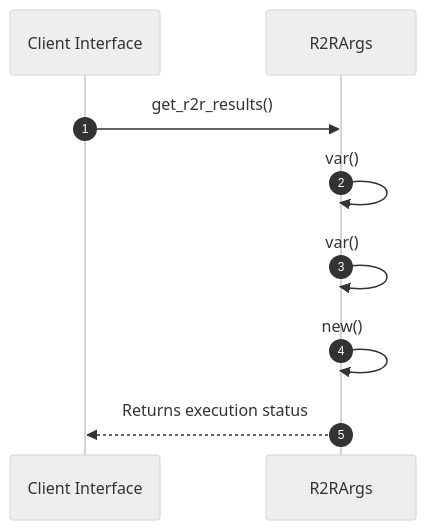
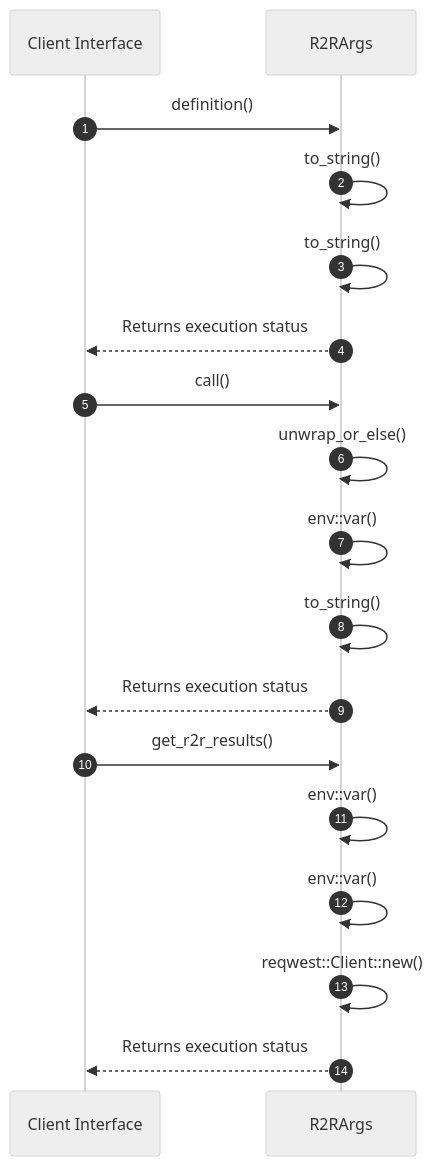
Before and after one commit to lgcorzo/fastapi-autogen-team: the second of 2 diagrams in openwiki/modules/src/infrastructure/tools/r2r.md, drawn with Mermaid (neutral theme). The commit also changed other lines of this file and 33 other files, not shown here.

Commit message:
Fix PlantUML syntax, missing diagrams, and link formatting in doc generator

````diff
--- a/openwiki/modules/src/infrastructure/tools/r2r.md
+++ b/openwiki/modules/src/infrastructure/tools/r2r.md
@@ -44,11 +51,20 @@
 ```mermaid
 sequenceDiagram
     autonumber
     participant Caller as Client Interface
     participant Svc as R2RArgs
+    Caller->>Svc: definition()
+    Svc->>Svc: to_string()
+    Svc->>Svc: to_string()
+    Svc-->>Caller: Returns execution status
+    Caller->>Svc: call()
+    Svc->>Svc: unwrap_or_else()
+    Svc->>Svc: env::var()
+    Svc->>Svc: to_string()
+    Svc-->>Caller: Returns execution status
     Caller->>Svc: get_r2r_results()
-    Svc->>Svc: var()
-    Svc->>Svc: var()
-    Svc->>Svc: new()
+    Svc->>Svc: env::var()
+    Svc->>Svc: env::var()
+    Svc->>Svc: reqwest::Client::new()
     Svc-->>Caller: Returns execution status
 ```
````
